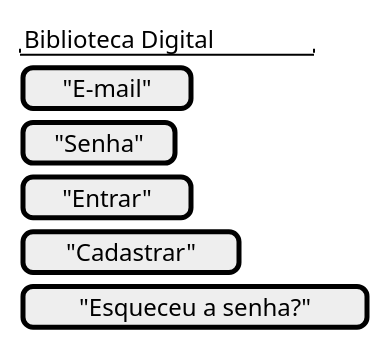
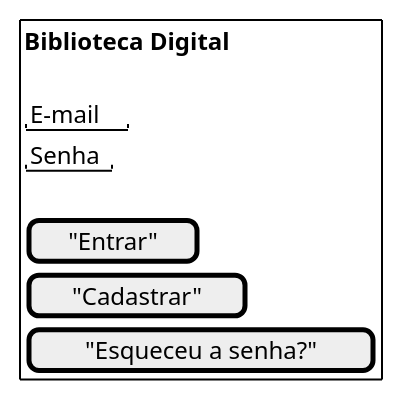
The second of 9 diagrams in docs/Disciplina/Roteiros/Elaboracao/new_proto_biblioteca.md (jonh-carvalho/PBE_25.2_8003), drawn with PlantUML before and after one commit. The commit also changed other lines of this file, not shown here.

````diff
--- a/docs/Disciplina/Roteiros/Elaboracao/new_proto_biblioteca.md
+++ b/docs/Disciplina/Roteiros/Elaboracao/new_proto_biblioteca.md
@@ -43,14 +43,17 @@
 ```plantuml
 @startsalt
-{
+{+
   {
-    "Biblioteca Digital"
-    [ "E-mail" ]
-    [ "Senha" ]
+   **Biblioteca Digital**
+   .
+    "E-mail" 
+    "Senha"
+    
+    .
     [ "Entrar" ]
     [ "Cadastrar" ]
     [ "Esqueceu a senha?" ]
   }
 }
 @endsalt
 ```
````
